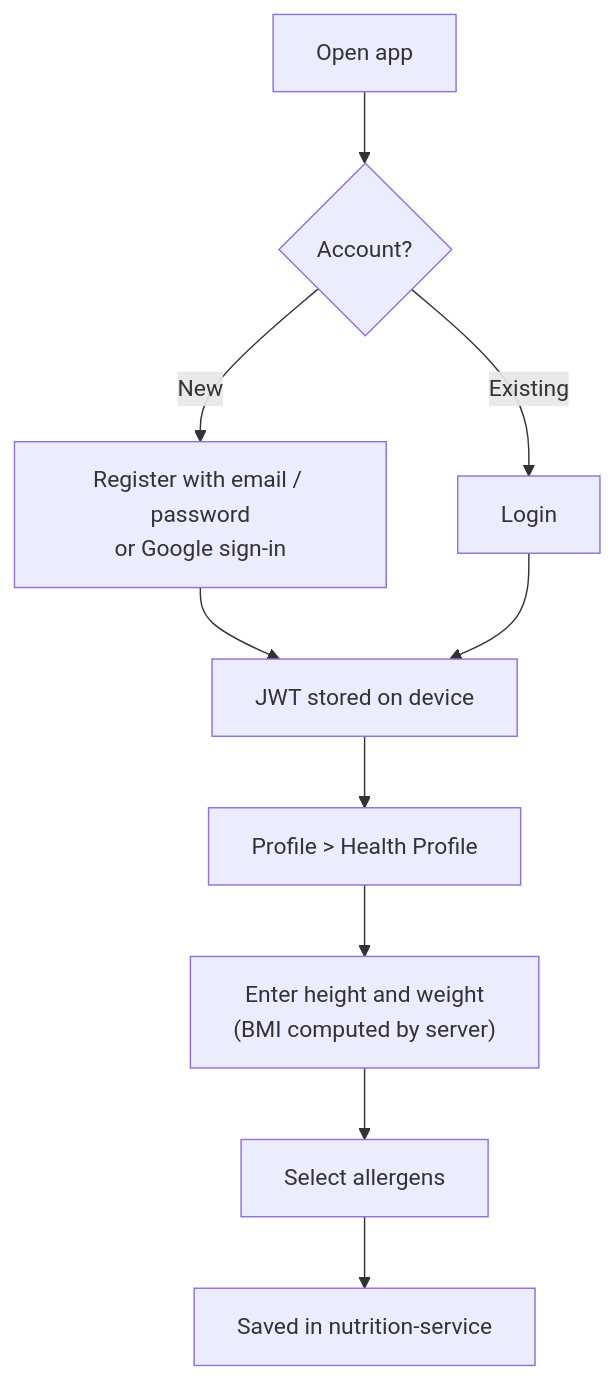
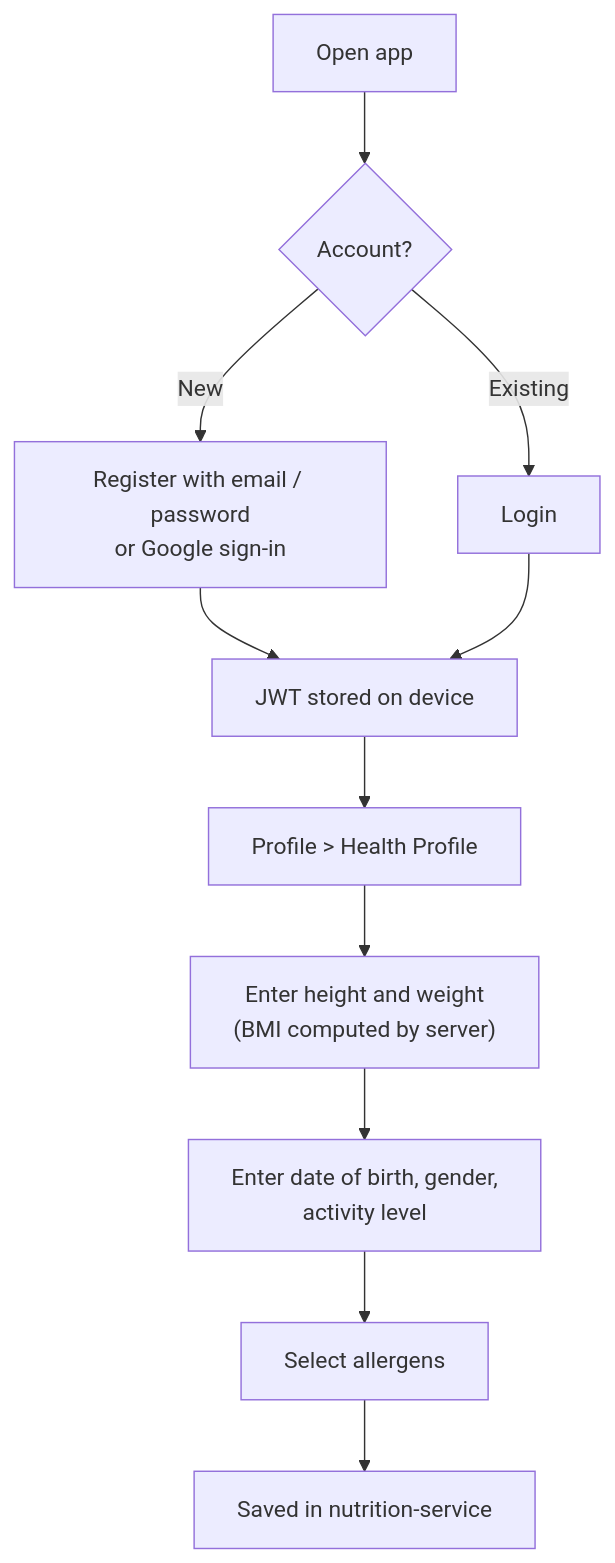
Before and after one commit to Phu0312/VeggiePal-Microservice: diagram 15 of 19 in docs/PRM_CAPSTONE.md, drawn with Mermaid. The commit also changed other lines of this file and 14 other files, not shown here.

Commit message:
feat/mobile/mealplan(#36): update meal-plan flow

````diff
--- a/docs/PRM_CAPSTONE.md
+++ b/docs/PRM_CAPSTONE.md
@@ -1077,12 +1078,13 @@
 ```mermaid
 flowchart TD
     A["Open app"] --> B{"Account?"}
     B -- "New" --> C["Register with email / password<br/>or Google sign-in"]
     B -- "Existing" --> D["Login"]
     C --> E["JWT stored on device"]
     D --> E
     E --> F["Profile > Health Profile"]
     F --> G["Enter height and weight<br/>(BMI computed by server)"]
-    G --> H["Select allergens"]
+    G --> G2["Enter date of birth, gender,<br/>activity level"]
+    G2 --> H["Select allergens"]
     H --> I["Saved in nutrition-service"]
 ```
````
